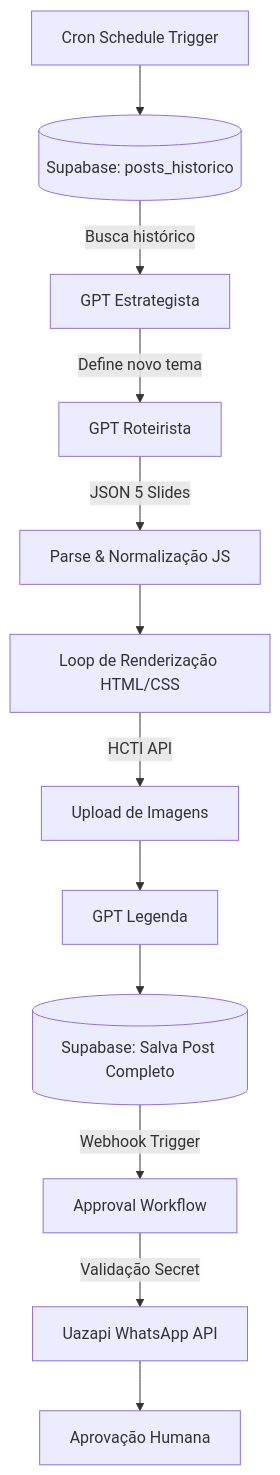
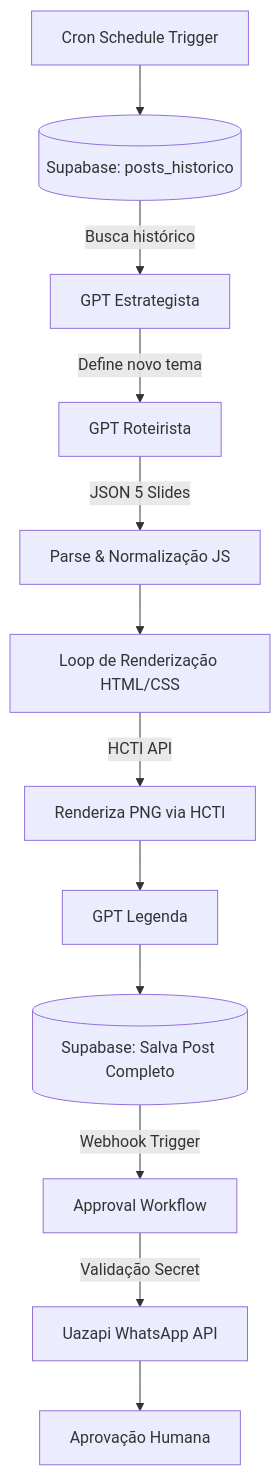
Before and after one commit to FelipeDourado15/agildev-ai-content-pipeline: the diagram in README.md, drawn with Mermaid. The commit also changed other lines of this file, not shown here.

````diff
--- a/README.md
+++ b/README.md
@@ -62,14 +74,14 @@
 ```mermaid
 graph TD
     A[Cron Schedule Trigger] --> B[(Supabase: posts_historico)]
     B -->|Busca histórico| C[GPT Estrategista]
     C -->|Define novo tema| D[GPT Roteirista]
     D -->|JSON 5 Slides| E[Parse & Normalização JS]
     E --> F[Loop de Renderização HTML/CSS]
-    F -->|HCTI API| G[Upload de Imagens]
+    F -->|HCTI API| G[Renderiza PNG via HCTI]
     G --> H[GPT Legenda]
     H --> I[(Supabase: Salva Post Completo)]
     I -->|Webhook Trigger| J[Approval Workflow]
     J -->|Validação Secret| K[Uazapi WhatsApp API]
     K --> L[Aprovação Humana]
 ```
````
